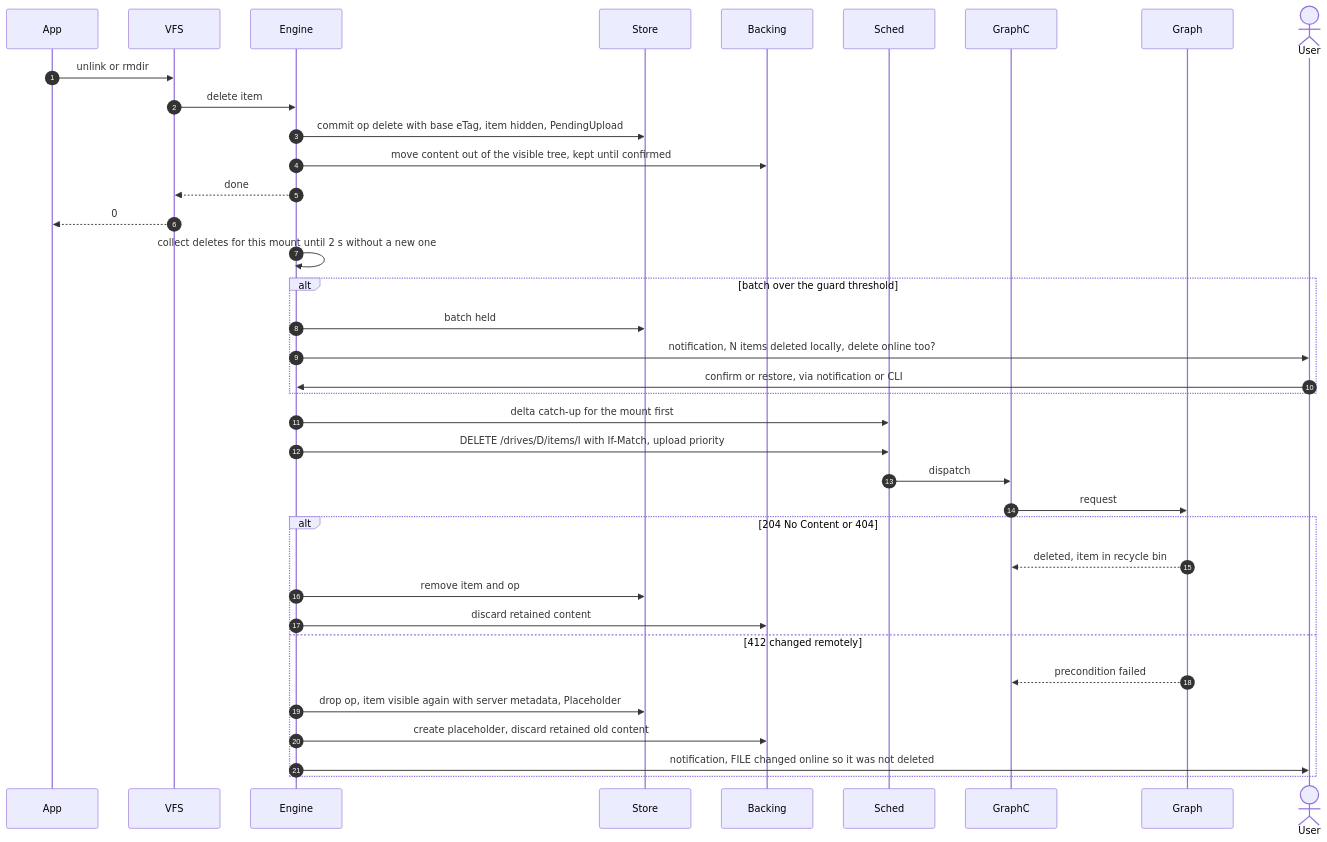
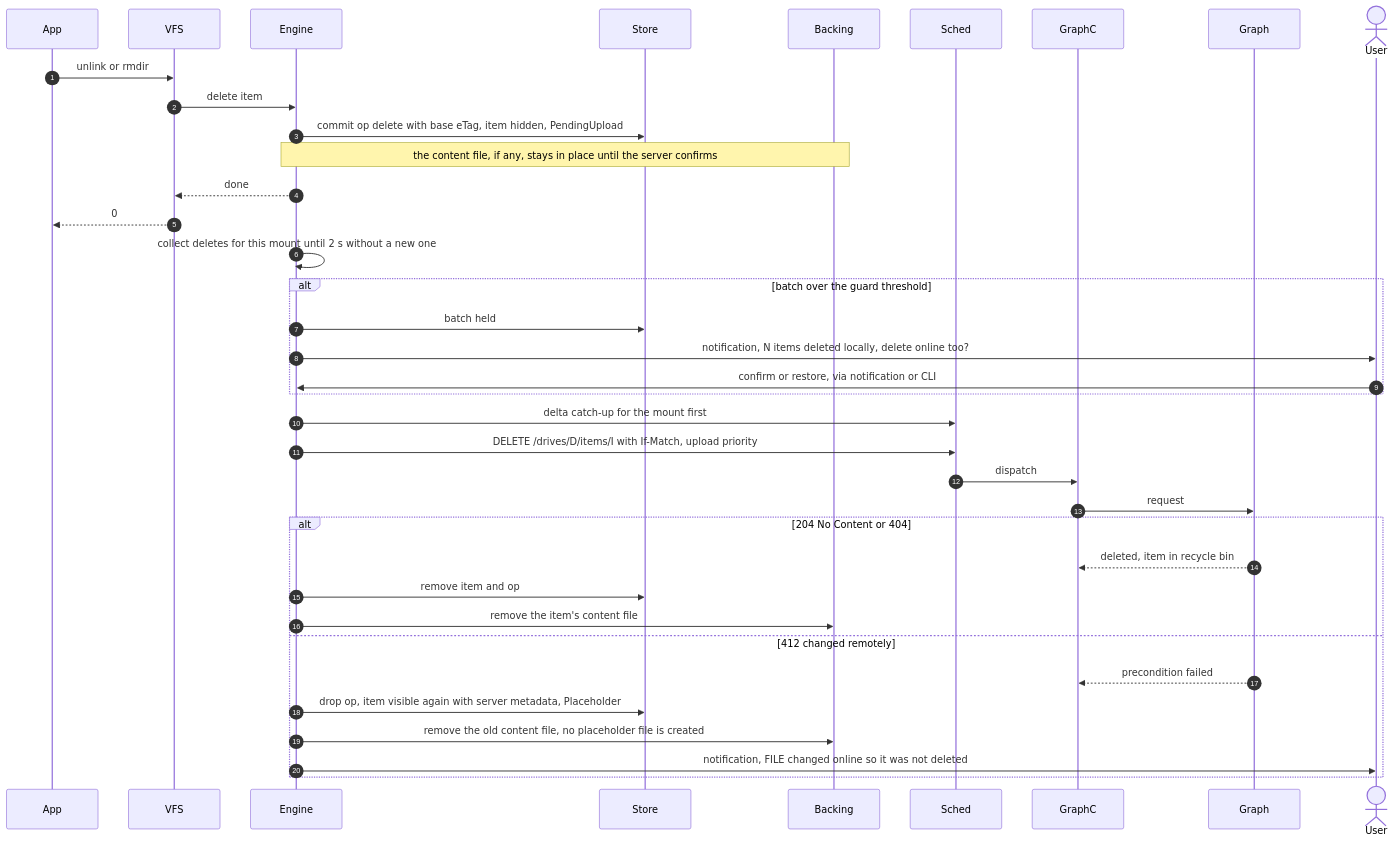
One commit to paulpitchford/my-drive changed the first of 2 diagrams in docs/flows/F12-delete-safety.md. Above: the diagram before and after it, drawn with Mermaid. The commit also changed other lines of this file and 19 other files, not shown here.

First line of the commit message:
docs(flows): amend flows and journeys for the M1 decisions

````diff
--- a/docs/flows/F12-delete-safety.md
+++ b/docs/flows/F12-delete-safety.md
@@ -15,40 +20,40 @@
 ```mermaid
 sequenceDiagram
     autonumber
     participant App
     participant VFS
     participant Engine
     participant Store
     participant Backing
     participant Sched
     participant GraphC
     participant Graph
     actor User
 
     App->>VFS: unlink or rmdir
     VFS->>Engine: delete item
     Engine->>Store: commit op delete with base eTag, item hidden, PendingUpload
-    Engine->>Backing: move content out of the visible tree, kept until confirmed
+    Note over Engine,Backing: the content file, if any, stays in place until the server confirms
     Engine-->>VFS: done
     VFS-->>App: 0
     Engine->>Engine: collect deletes for this mount until 2 s without a new one
     alt batch over the guard threshold
         Engine->>Store: batch held
         Engine->>User: notification, N items deleted locally, delete online too?
         User->>Engine: confirm or restore, via notification or CLI
     end
     Engine->>Sched: delta catch-up for the mount first
     Engine->>Sched: DELETE /drives/D/items/I with If-Match, upload priority
     Sched->>GraphC: dispatch
     GraphC->>Graph: request
     alt 204 No Content or 404
         Graph-->>GraphC: deleted, item in recycle bin
         Engine->>Store: remove item and op
-        Engine->>Backing: discard retained content
+        Engine->>Backing: remove the item's content file
     else 412 changed remotely
         Graph-->>GraphC: precondition failed
         Engine->>Store: drop op, item visible again with server metadata, Placeholder
-        Engine->>Backing: create placeholder, discard retained old content
+        Engine->>Backing: remove the old content file, no placeholder file is created
         Engine->>User: notification, FILE changed online so it was not deleted
     end
 ```
````
